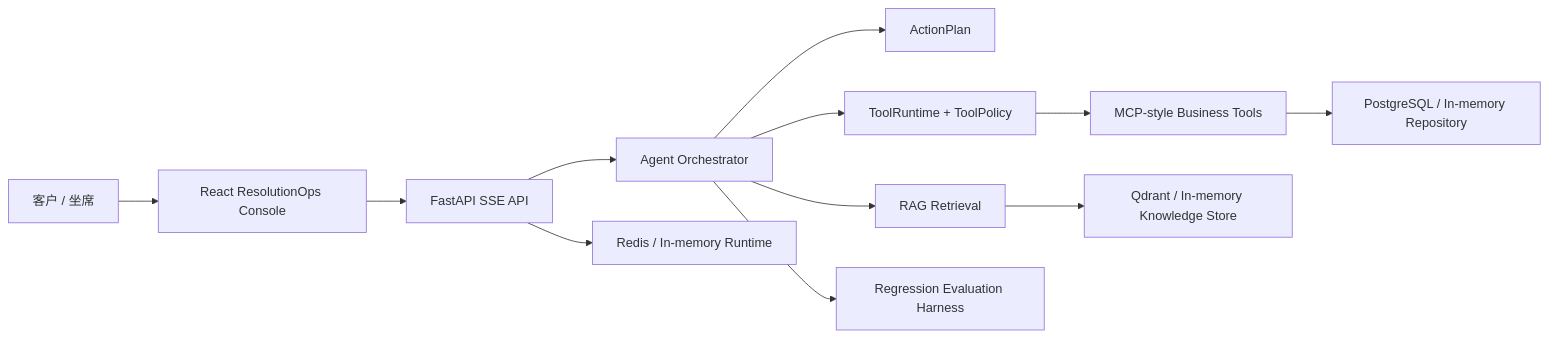
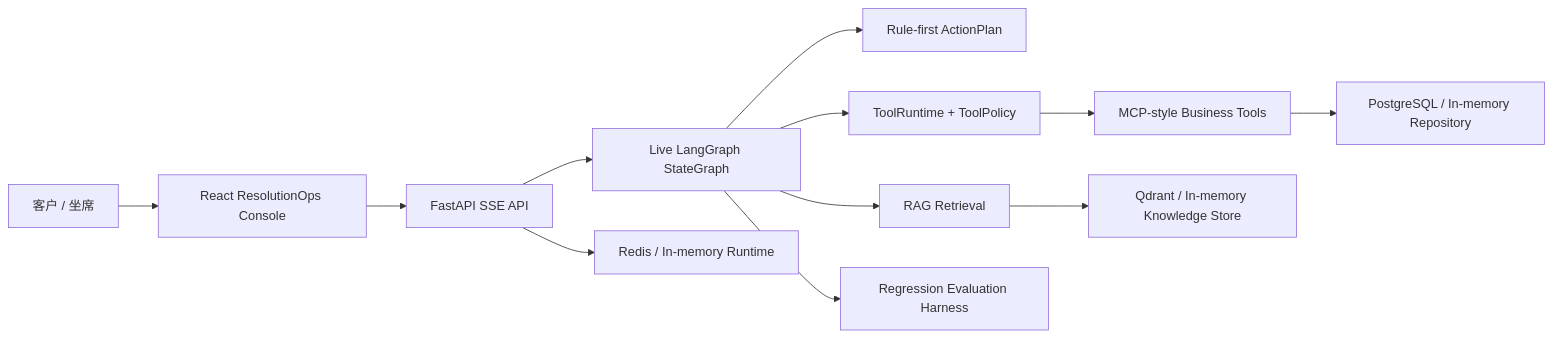
The diagram in docs/README.zh-CN.md (nguxw/smart_cs), drawn with Mermaid before and after one commit. The commit also changed other lines of this file and 38 other files, not shown here.

Commit message:
Enable live LangGraph runtime and harden governance

````diff
--- a/docs/README.zh-CN.md
+++ b/docs/README.zh-CN.md
@@ -75,14 +75,14 @@
 ```mermaid
 flowchart LR
   Customer["客户 / 坐席"] --> Console["React ResolutionOps Console"]
   Console --> API["FastAPI SSE API"]
-  API --> Orchestrator["Agent Orchestrator"]
-  Orchestrator --> Plan["ActionPlan"]
-  Orchestrator --> Retrieval["RAG Retrieval"]
-  Orchestrator --> Policy["ToolRuntime + ToolPolicy"]
+  API --> Graph["Live LangGraph StateGraph"]
+  Graph --> Plan["Rule-first ActionPlan"]
+  Graph --> Retrieval["RAG Retrieval"]
+  Graph --> Policy["ToolRuntime + ToolPolicy"]
   Policy --> Tools["MCP-style Business Tools"]
   Tools --> Repository["PostgreSQL / In-memory Repository"]
   API --> Runtime["Redis / In-memory Runtime"]
   Retrieval --> Knowledge["Qdrant / In-memory Knowledge Store"]
-  Orchestrator --> Harness["Regression Evaluation Harness"]
+  Graph --> Harness["Regression Evaluation Harness"]
 ```
````
